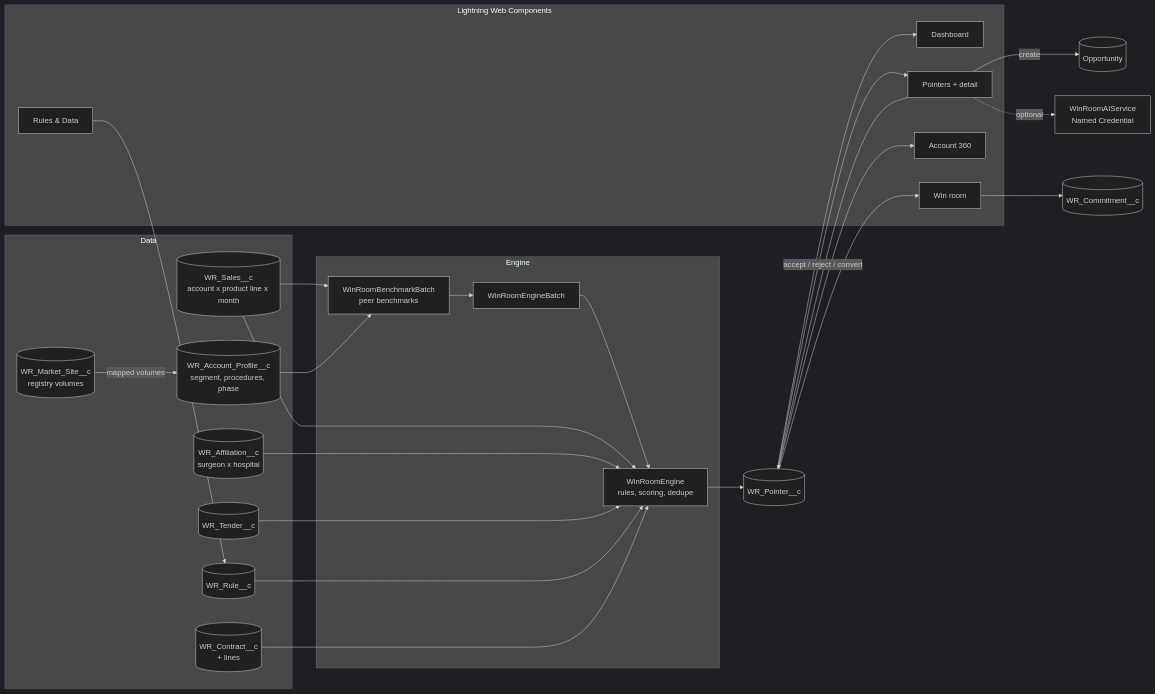
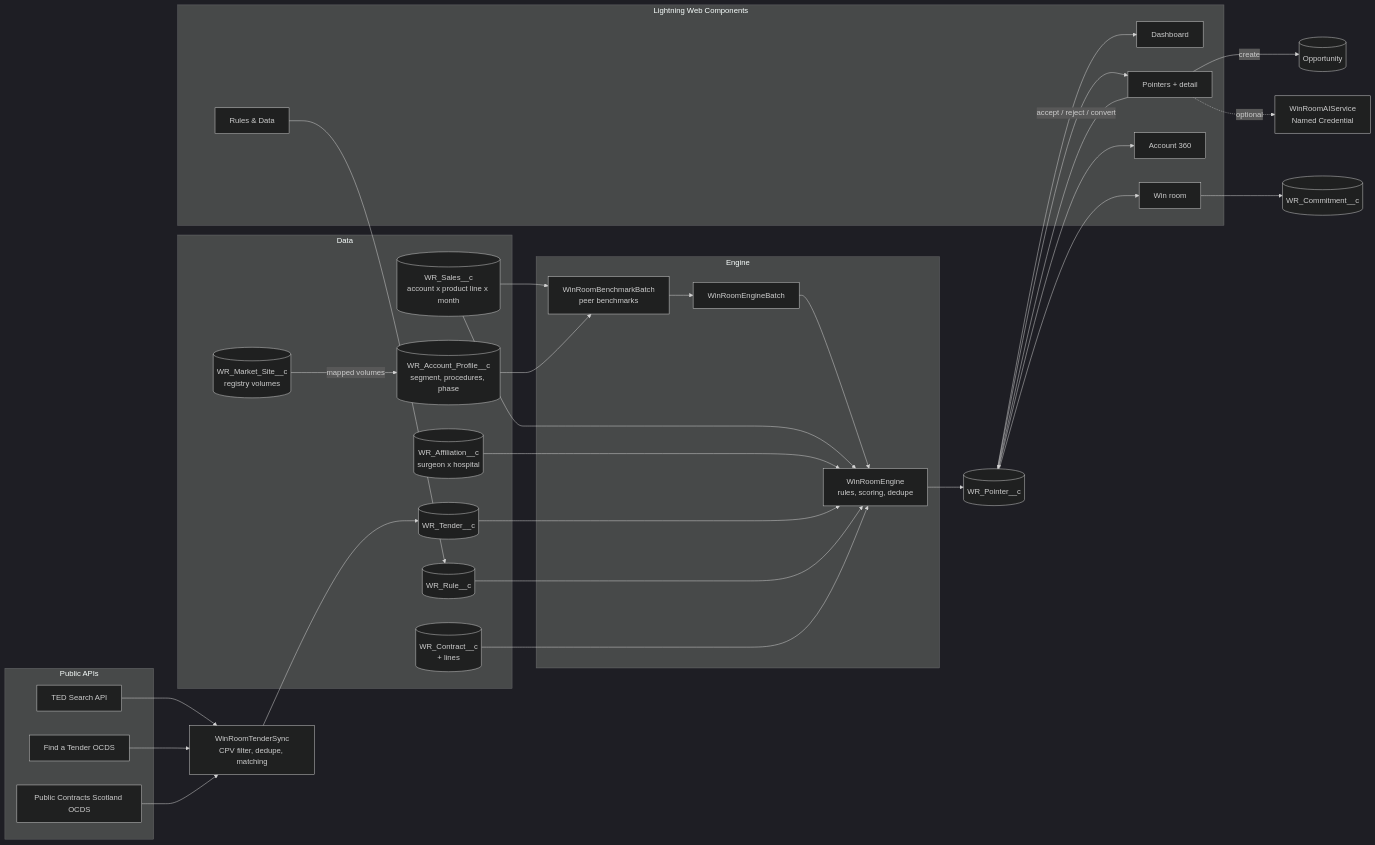
One commit to Ricardo19-Deve/salesforce-signal-room changed the diagram in README.md. Above: the diagram before and after it, drawn with Mermaid (dark theme). The commit also changed other lines of this file and 76 other files, not shown here.

First line of the commit message:
Public tender radar and in-portal guide

````diff
--- a/README.md
+++ b/README.md
@@ -36,34 +40,40 @@
 ```mermaid
 flowchart LR
     subgraph Data
         S[(WR_Sales__c<br/>account x product line x month)]
         P[(WR_Account_Profile__c<br/>segment, procedures, phase)]
         A[(WR_Affiliation__c<br/>surgeon x hospital)]
         T[(WR_Tender__c)]
         R[(WR_Rule__c)]
         K[(WR_Contract__c<br/>+ lines)]
         M[(WR_Market_Site__c<br/>registry volumes)]
     end
+    subgraph Public[Public APIs]
+        TED[TED Search API]
+        FTS[Find a Tender OCDS]
+        PCS[Public Contracts Scotland OCDS]
+    end
+    TED & FTS & PCS --> TS[WinRoomTenderSync<br/>CPV filter, dedupe, matching] --> T
     subgraph Engine
         B[WinRoomBenchmarkBatch<br/>peer benchmarks]
         E[WinRoomEngineBatch]
         W[WinRoomEngine<br/>rules, scoring, dedupe]
     end
     subgraph Portal[Lightning Web Components]
         D[Dashboard]
         PT[Pointers + detail]
         AC[Account 360]
         WR[Win room]
         AD[Rules & Data]
     end
     S & P --> B --> E --> W
     S & A & T & R & K --> W
     M -->|mapped volumes| P
     W --> PO[(WR_Pointer__c)]
     PO --> D & PT & AC & WR
     PT -->|accept / reject / convert| PO
     PT -->|create| O[(Opportunity)]
     WR --> C[(WR_Commitment__c)]
     PT -. optional .-> AI[WinRoomAIService<br/>Named Credential]
     AD --> R
 ```
````
